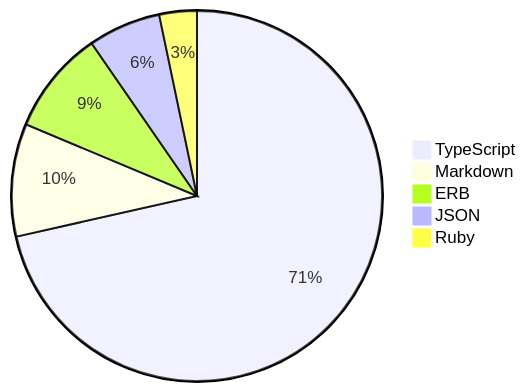
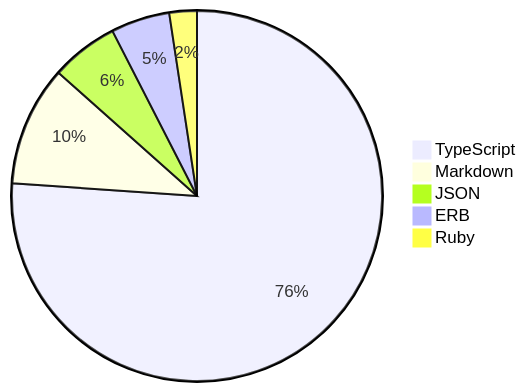
The diagram in README.md (skvggor/skvggor), drawn with Mermaid before and after one commit.

Commit message:
Updated waka-readme graph with new metrics

````diff
--- a/README.md
+++ b/README.md
@@ -35,8 +35,8 @@
 ```mermaid
 pie
-    "TypeScript" : 65.4
-    "Markdown" : 9.0
-    "ERB" : 8.3
-    "JSON" : 5.8
-    "Ruby" : 3.0
+    "TypeScript" : 69.7
+    "Markdown" : 9.6
+    "JSON" : 5.4
+    "ERB" : 4.7
+    "Ruby" : 2.2
 ```
````
